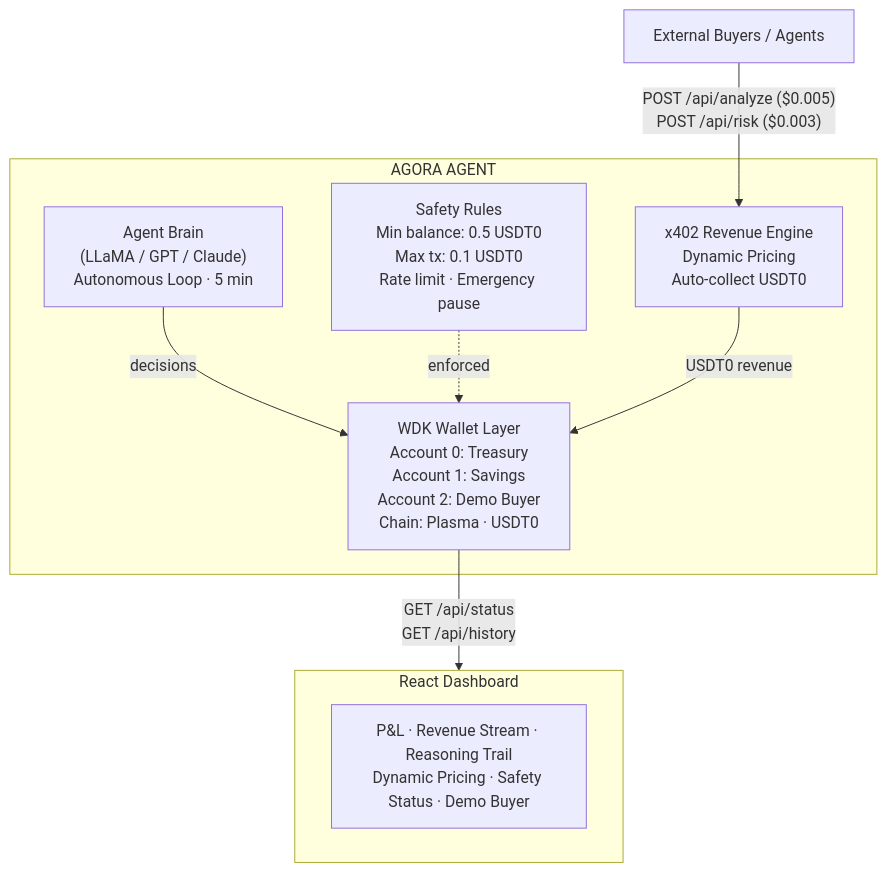
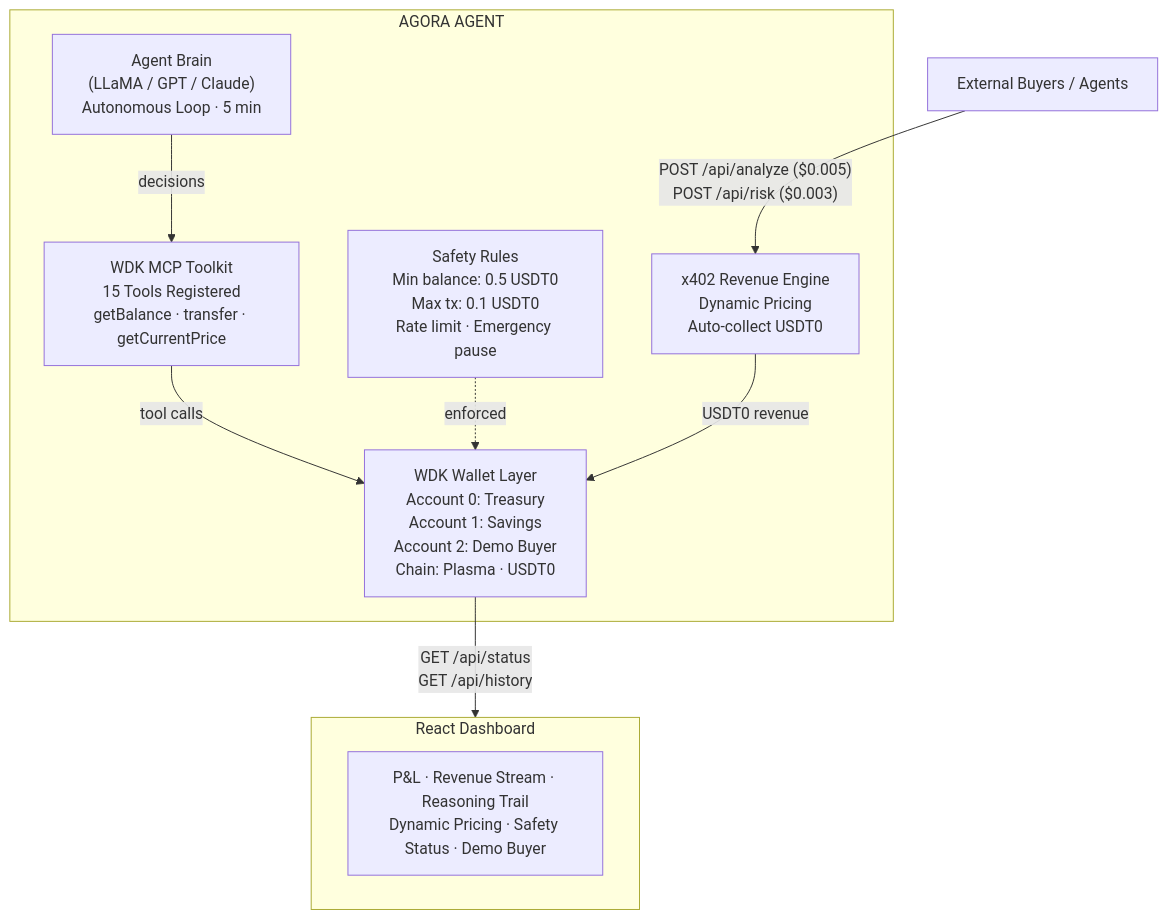
The diagram in README.md (jordi-stack/Agora), drawn with Mermaid before and after one commit. The commit also changed other lines of this file and 2 other files, not shown here.

Commit message:
fix: update test count 22->30, add MCP Toolkit to Mermaid diagram

````diff
--- a/README.md
+++ b/README.md
@@ -37,21 +37,23 @@
 ```mermaid
 graph TD
     subgraph AGORA["AGORA AGENT"]
         BRAIN["Agent Brain\n(LLaMA / GPT / Claude)\nAutonomous Loop · 5 min"]
+        MCP["WDK MCP Toolkit\n15 Tools Registered\ngetBalance · transfer · getCurrentPrice"]
         WALLET["WDK Wallet Layer\nAccount 0: Treasury\nAccount 1: Savings\nAccount 2: Demo Buyer\nChain: Plasma · USDT0"]
         X402["x402 Revenue Engine\nDynamic Pricing\nAuto-collect USDT0"]
         SAFETY["Safety Rules\nMin balance: 0.5 USDT0\nMax tx: 0.1 USDT0\nRate limit · Emergency pause"]
 
-        BRAIN -->|decisions| WALLET
+        BRAIN -->|decisions| MCP
+        MCP -->|tool calls| WALLET
         SAFETY -.->|enforced| WALLET
     end
 
     BUYERS["External Buyers / Agents"] -->|"POST /api/analyze ($0.005)\nPOST /api/risk ($0.003)"| X402
     X402 -->|"USDT0 revenue"| WALLET
 
     subgraph DASHBOARD["React Dashboard"]
         UI["P&L · Revenue Stream · Reasoning Trail\nDynamic Pricing · Safety Status · Demo Buyer"]
     end
 
     WALLET -->|"GET /api/status\nGET /api/history"| DASHBOARD
 ```
````
